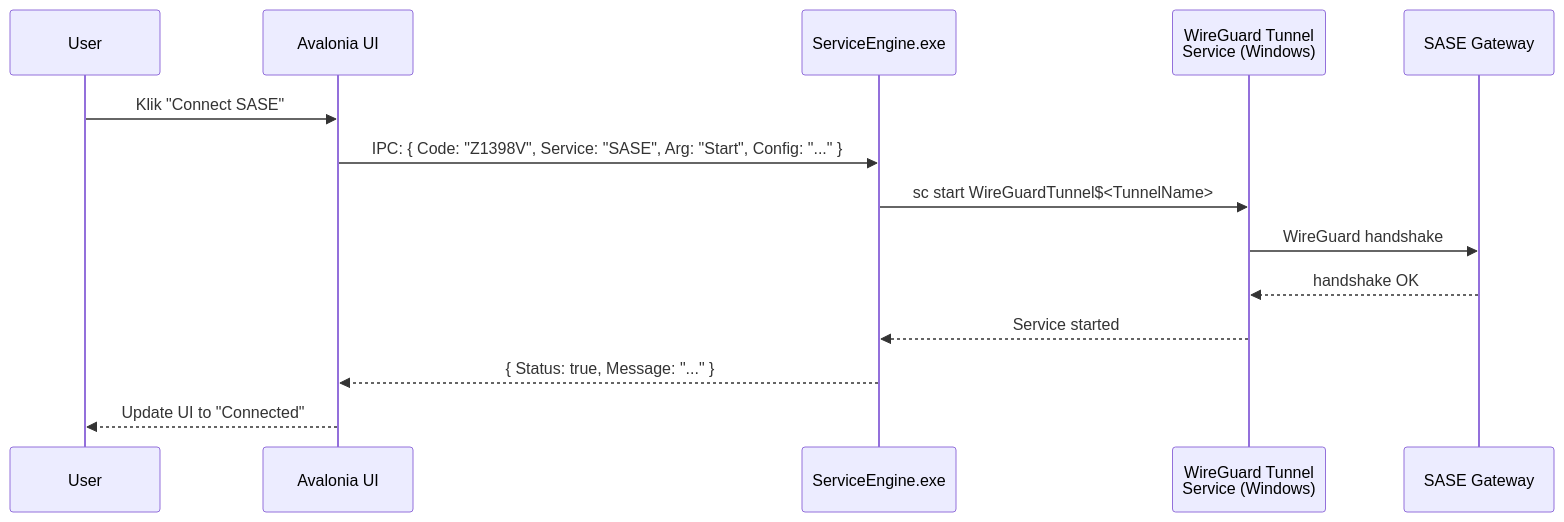
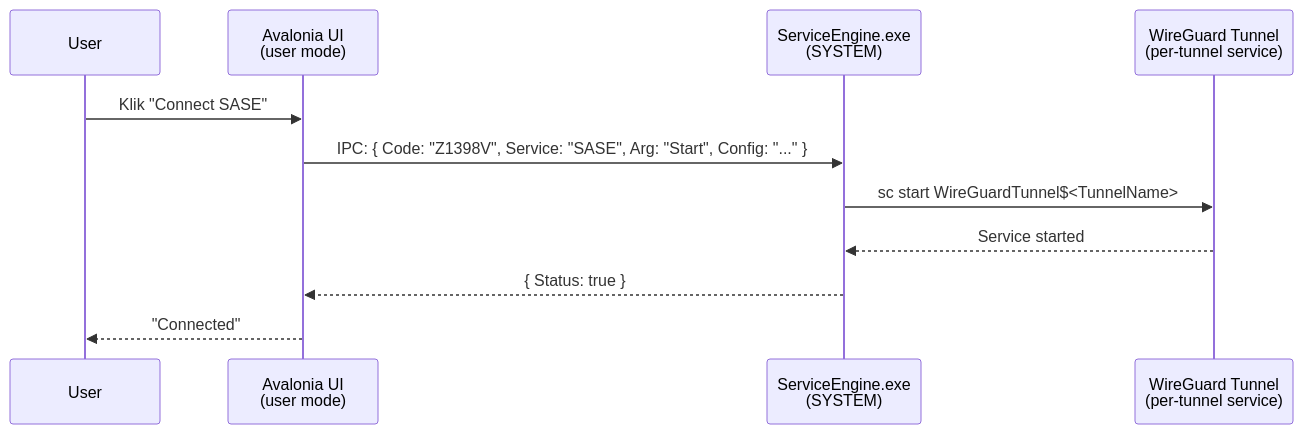
One commit to ardika/hermes-sase-docs changed the diagram in docs/01-pendahuluan.md. Above: the diagram before and after it, drawn with Mermaid. The commit also changed other lines of this file and 11 other files, not shown here.

````diff
--- a/docs/01-pendahuluan.md
+++ b/docs/01-pendahuluan.md
@@ -76,17 +63,14 @@
 ```mermaid
 sequenceDiagram
     participant U as User
-    participant UI as Avalonia UI
-    participant SE as ServiceEngine.exe
-    participant WG as WireGuard Tunnel<br/>Service (Windows)
-    participant GW as SASE Gateway
+    participant UI as Avalonia UI<br/>(user mode)
+    participant SE as ServiceEngine.exe<br/>(SYSTEM)
+    participant WG as WireGuard Tunnel<br/>(per-tunnel service)
 
     U->>UI: Klik "Connect SASE"
     UI->>SE: IPC: { Code: "Z1398V", Service: "SASE", Arg: "Start", Config: "..." }
     SE->>WG: sc start WireGuardTunnel$<TunnelName>
-    WG->>GW: WireGuard handshake
-    GW-->>WG: handshake OK
     WG-->>SE: Service started
-    SE-->>UI: { Status: true, Message: "..." }
-    UI-->>U: Update UI to "Connected"
+    SE-->>UI: { Status: true }
+    UI-->>U: "Connected"
 ```
````
